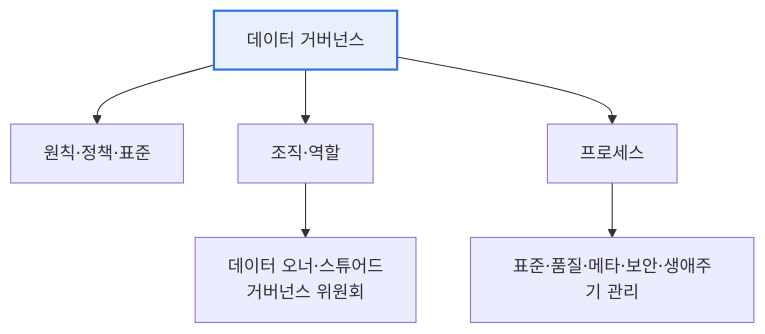
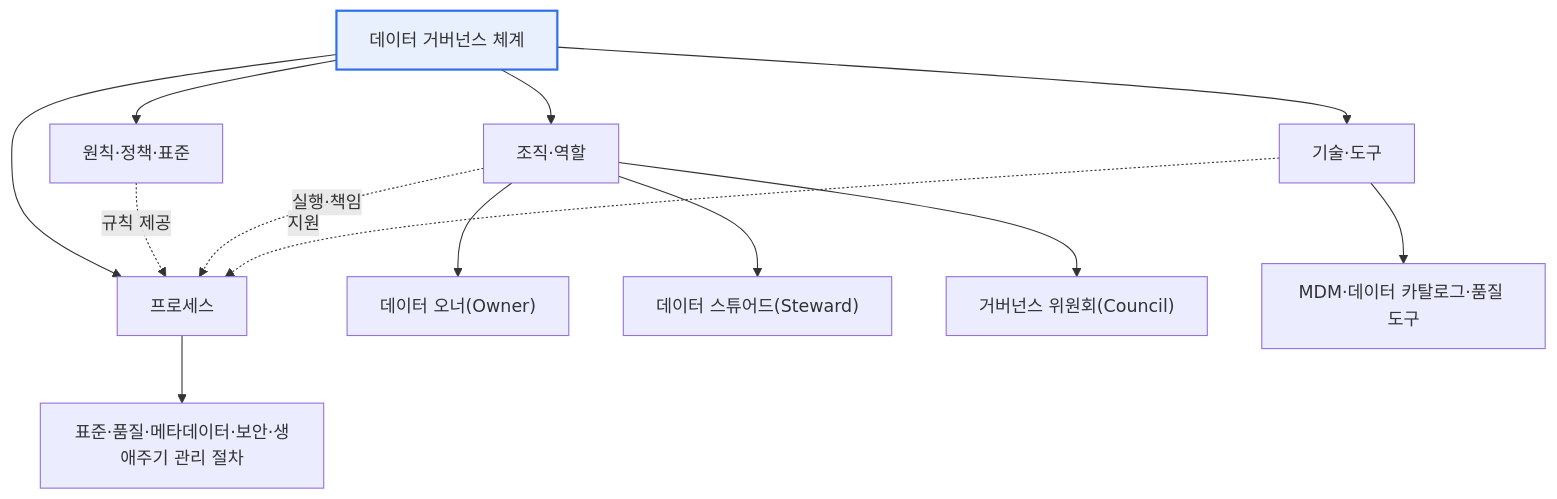
Before and after one commit to coninggu/wjdqhrhksflrltnftk: the first of 2 diagrams in content/data-governance.md, drawn with Mermaid. The commit also changed other lines of this file and 3 other files, not shown here.

First line of the commit message:
Deepen EMP 공격(ElectroMagnetic Pulse), 데이터 거버넌스(Data Governance) (auto)

````diff
--- a/content/data-governance.md
+++ b/content/data-governance.md
@@ -15,9 +19,16 @@
 ```mermaid
 flowchart TB
-  G[데이터 거버넌스] --> P[원칙·정책·표준]
-  G --> O[조직·역할]
-  G --> PR[프로세스]
-  O --> O1["데이터 오너·스튜어드<br/>거버넌스 위원회"]
-  PR --> PR1[표준·품질·메타·보안·생애주기 관리]
+  G["데이터 거버넌스 체계"] --> P["원칙·정책·표준"]
+  G --> O["조직·역할"]
+  G --> PR["프로세스"]
+  G --> T["기술·도구"]
+  O --> O1["데이터 오너(Owner)"]
+  O --> O2["데이터 스튜어드(Steward)"]
+  O --> O3["거버넌스 위원회(Council)"]
+  PR --> PR1["표준·품질·메타데이터·보안·생애주기 관리 절차"]
+  T --> T1["MDM·데이터 카탈로그·품질 도구"]
+  P -. 규칙 제공 .-> PR
+  O -. 실행·책임 .-> PR
+  T -. 지원 .-> PR
   style G fill:#e8f0fe,stroke:#2f6fed,stroke-width:2px
 ```
````
